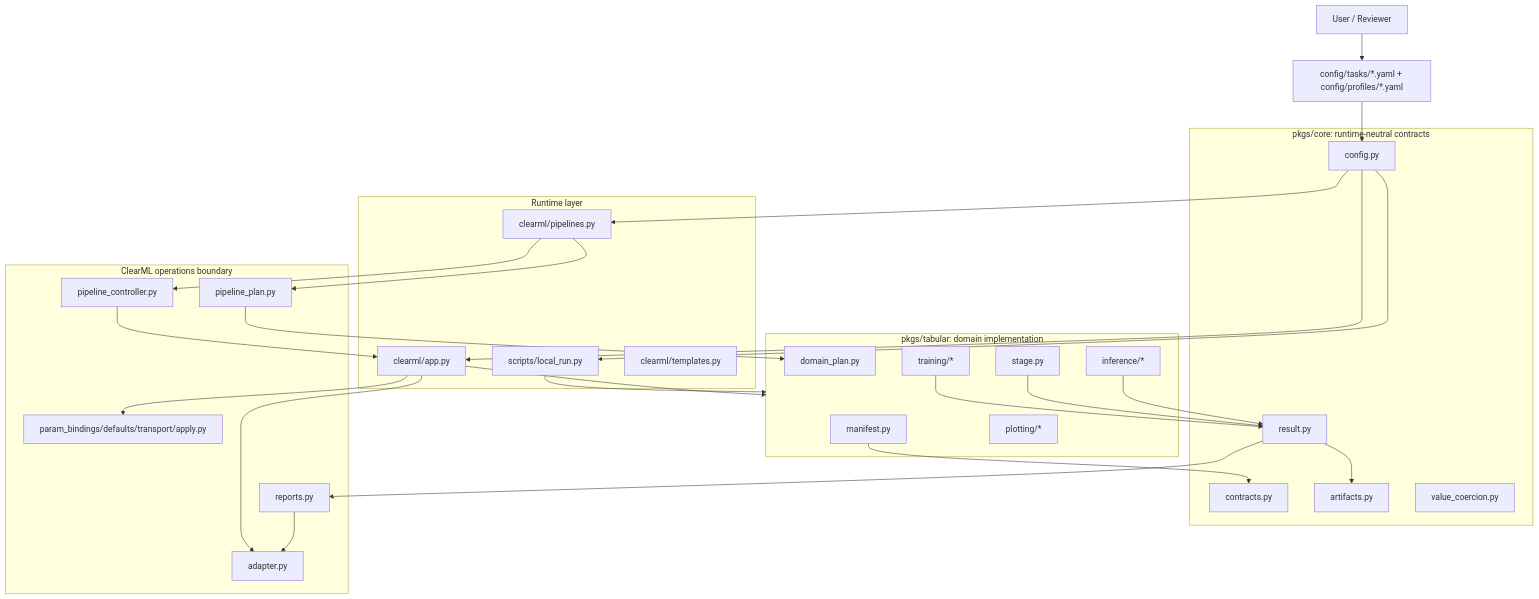
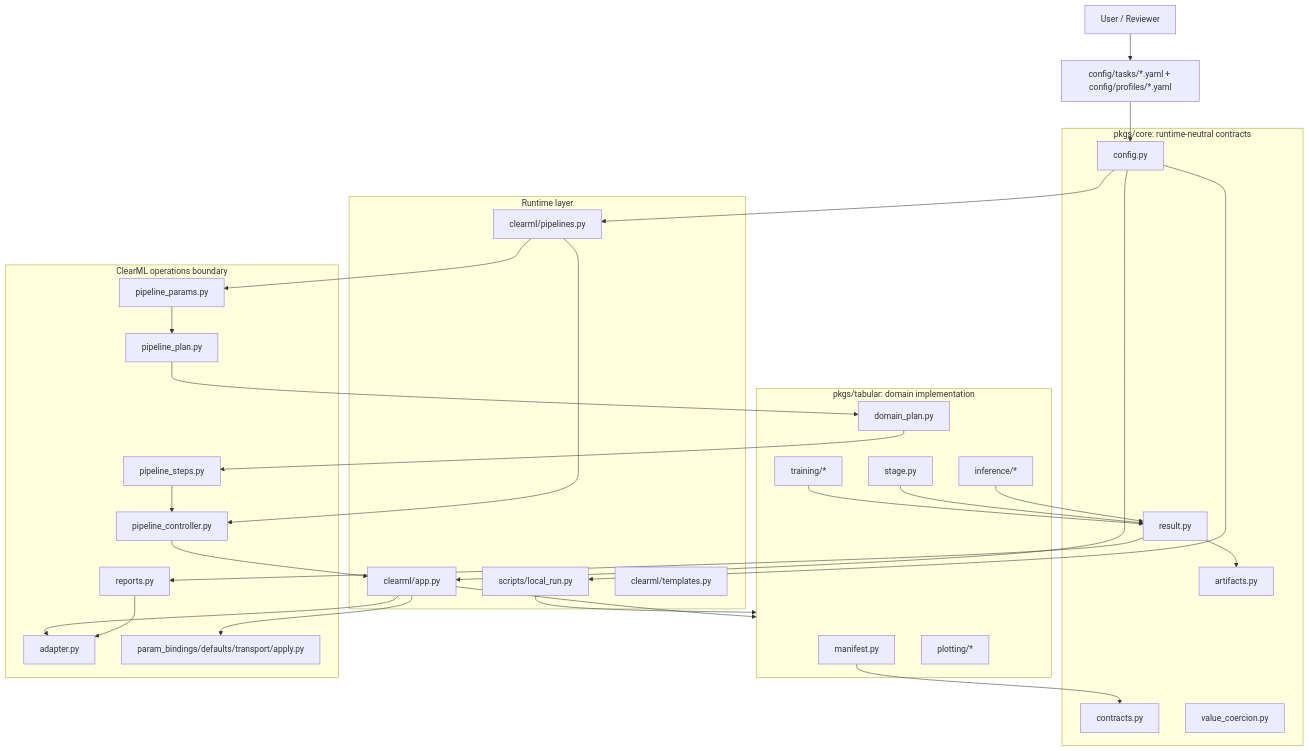
The first of 9 diagrams in Reviewwer.md (dkawa2523/ml_platform), drawn with Mermaid before and after one commit. The commit also changed other lines of this file and 128 other files, not shown here.

Commit message:
refactor: simplify platform architecture

````diff
--- a/Reviewwer.md
+++ b/Reviewwer.md
@@ -22,56 +22,61 @@
 ```mermaid
 flowchart TB
   User["User / Reviewer"] --> Config["config/tasks/*.yaml + config/profiles/*.yaml"]
 
   subgraph Runtime["Runtime layer"]
     Local["scripts/local_run.py"]
     ClearMLApp["clearml/app.py"]
     ClearMLPipeline["clearml/pipelines.py"]
     Templates["clearml/templates.py"]
   end
 
   subgraph Core["pkgs/core: runtime-neutral contracts"]
     Contracts["contracts.py"]
     ConfigLoader["config.py"]
     Result["result.py"]
     Artifacts["artifacts.py"]
     Coercion["value_coercion.py"]
   end
 
   subgraph Tabular["pkgs/tabular: domain implementation"]
     Manifest["manifest.py"]
     DomainPlan["domain_plan.py"]
     Training["training/*"]
     Stage["stage.py"]
     Inference["inference/*"]
     Plotting["plotting/*"]
   end
 
   subgraph Ops["ClearML operations boundary"]
     Adapter["adapter.py"]
     Params["param_bindings/defaults/transport/apply.py"]
+    ParamsPlan["pipeline_params.py"]
     Plan["pipeline_plan.py"]
+    StepsPlan["pipeline_steps.py"]
     Controller["pipeline_controller.py"]
     Reports["reports.py"]
   end
 
   Config --> ConfigLoader
   ConfigLoader --> Local
   ConfigLoader --> ClearMLApp
   ConfigLoader --> ClearMLPipeline
   Manifest --> Contracts
   Local --> Tabular
   ClearMLApp --> Adapter
   ClearMLApp --> Params
   ClearMLApp --> Tabular
-  ClearMLPipeline --> Plan
+  ClearMLPipeline --> ParamsPlan
+  ParamsPlan --> Plan
   Plan --> DomainPlan
+  DomainPlan --> StepsPlan
+  StepsPlan --> Controller
   ClearMLPipeline --> Controller
   Controller --> ClearMLApp
   Training --> Result
   Stage --> Result
   Inference --> Result
   Result --> Reports
   Reports --> Adapter
   Result --> Artifacts
 ```
````
